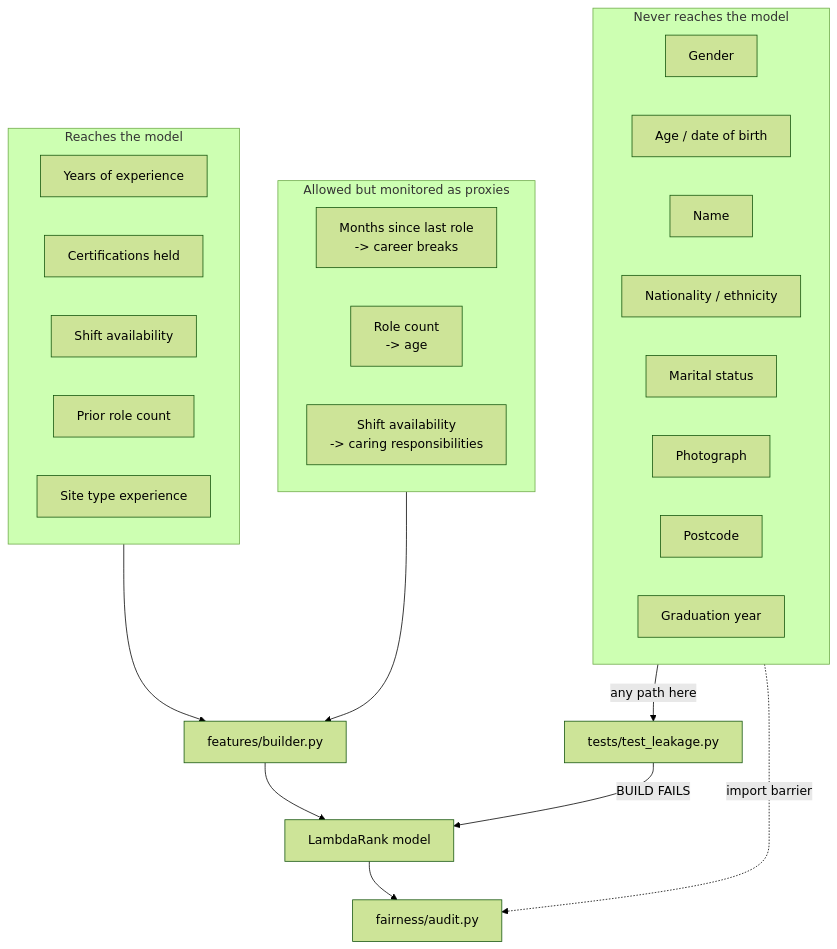
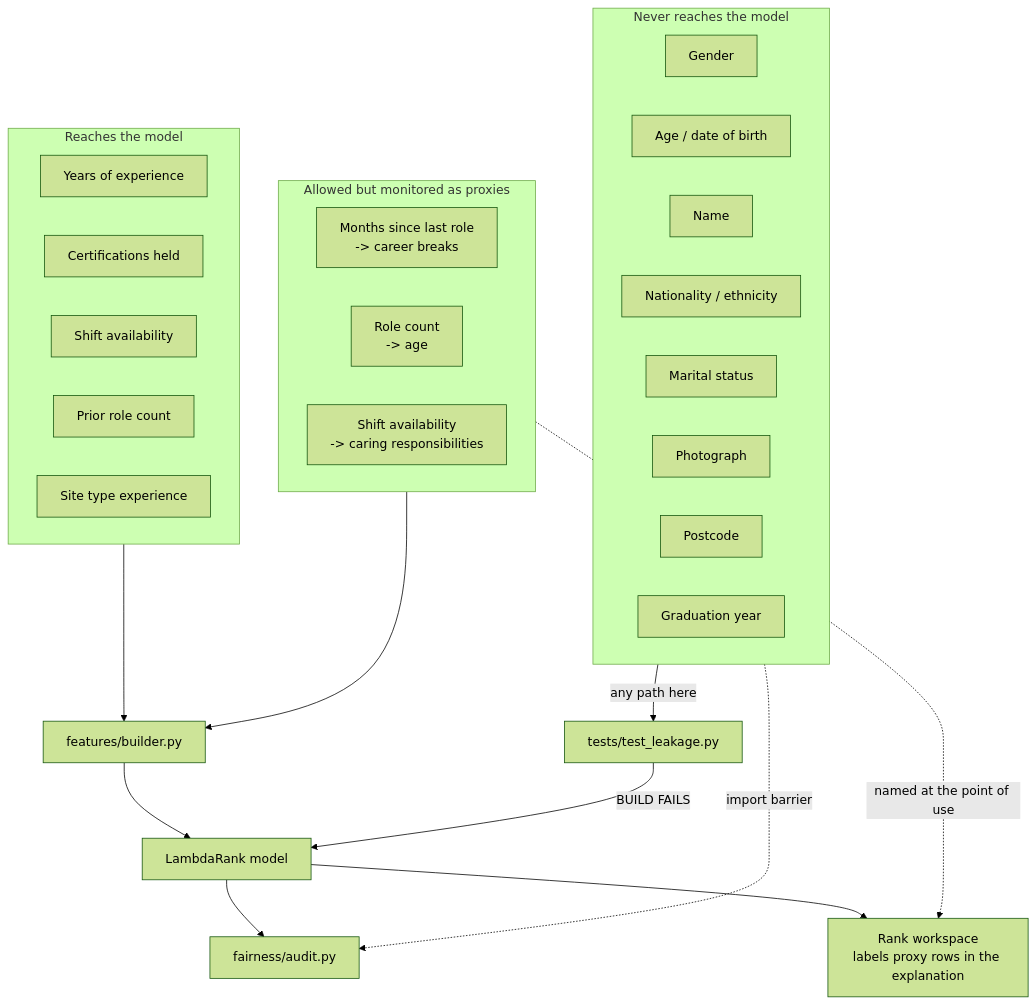
The fourth of 6 diagrams in docs/architecture.md (Kainatfatima0311/guardmatch-ai), drawn with Mermaid (forest theme) before and after one commit. The commit also changed other lines of this file and 26 other files, not shown here.

````diff
--- a/docs/architecture.md
+++ b/docs/architecture.md
@@ -165,40 +206,43 @@
 ```mermaid
 flowchart TB
     subgraph Allowed["Reaches the model"]
         A1["Years of experience"]
         A2["Certifications held"]
         A3["Shift availability"]
         A4["Prior role count"]
         A5["Site type experience"]
     end
 
     subgraph Blocked["Never reaches the model"]
         B1["Gender"]
         B2["Age / date of birth"]
         B3["Name"]
         B4["Nationality / ethnicity"]
         B5["Marital status"]
         B6["Photograph"]
         B7["Postcode"]
         B8["Graduation year"]
     end
 
     subgraph Watch["Allowed but monitored as proxies"]
         W1["Months since last role<br/>-> career breaks"]
         W2["Role count<br/>-> age"]
         W3["Shift availability<br/>-> caring responsibilities"]
     end
 
     FB["features/builder.py"]
     MODEL["LambdaRank model"]
     AUDIT["fairness/audit.py"]
     GATE["tests/test_leakage.py"]
+    UI["Rank workspace<br/>labels proxy rows in the explanation"]
 
     Allowed --> FB
     Watch --> FB
     FB --> MODEL
     Blocked -.->|"import barrier"| AUDIT
     Blocked -->|"any path here"| GATE
     GATE -->|"BUILD FAILS"| MODEL
     MODEL --> AUDIT
+    Watch -.->|"named at the point of use"| UI
+    MODEL --> UI
 ```
````
